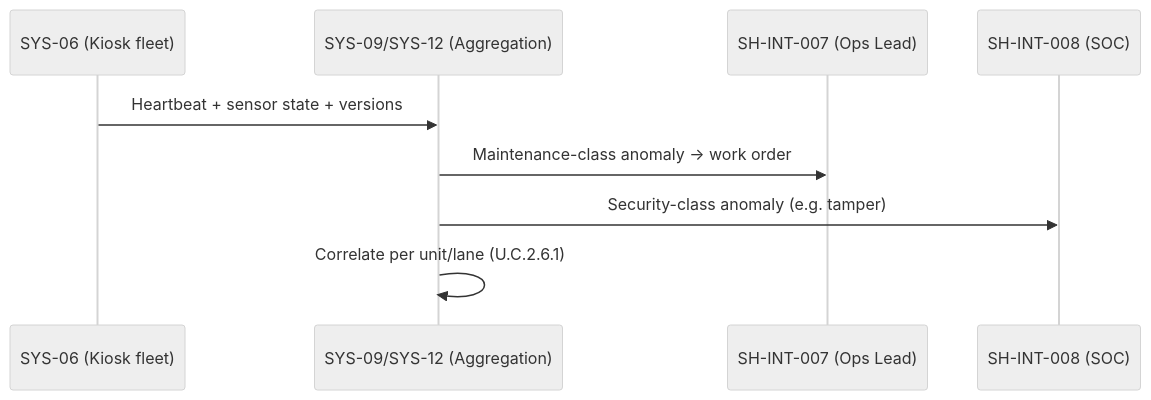
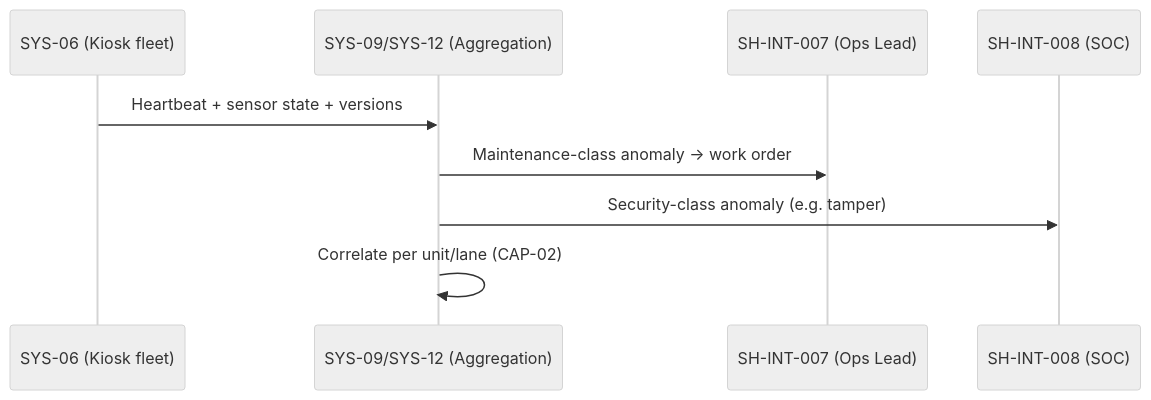
Before and after one commit to pauloribeiro16/Methodology_compact: diagram 15 of 27 in 02_CASES/Case_02_SecureBorder_Solutions/03_PHASE3_DECOMPOSITION/Doc21_Use_Cases_Catalog.md, drawn with Mermaid (neutral theme). The commit also changed other lines of this file and 4 other files, not shown here.

Commit message:
[EXECUTOR] LANE NAMING Case_02: 37 UCs re-laned (27 PROC + 10 CAP incl. 5 PKG process SOPs), 719 refs single-pass; Doc21 v1.3; gate PASS

````diff
--- a/02_CASES/Case_02_SecureBorder_Solutions/03_PHASE3_DECOMPOSITION/Doc21_Use_Cases_Catalog.md
+++ b/02_CASES/Case_02_SecureBorder_Solutions/03_PHASE3_DECOMPOSITION/Doc21_Use_Cases_Catalog.md
@@ -1933,11 +1933,11 @@
 ```mermaid
 sequenceDiagram
     participant KIOSK as SYS-06 (Kiosk fleet)
     participant SIEM as SYS-09/SYS-12 (Aggregation)
     participant OPS as SH-INT-007 (Ops Lead)
     participant SOC as SH-INT-008 (SOC)
     KIOSK->>SIEM: Heartbeat + sensor state + versions
     SIEM->>OPS: Maintenance-class anomaly -> work order
     SIEM->>SOC: Security-class anomaly (e.g. tamper)
-    SIEM->>SIEM: Correlate per unit/lane (U.C.2.6.1)
+    SIEM->>SIEM: Correlate per unit/lane (CAP-02)
 ```
````
